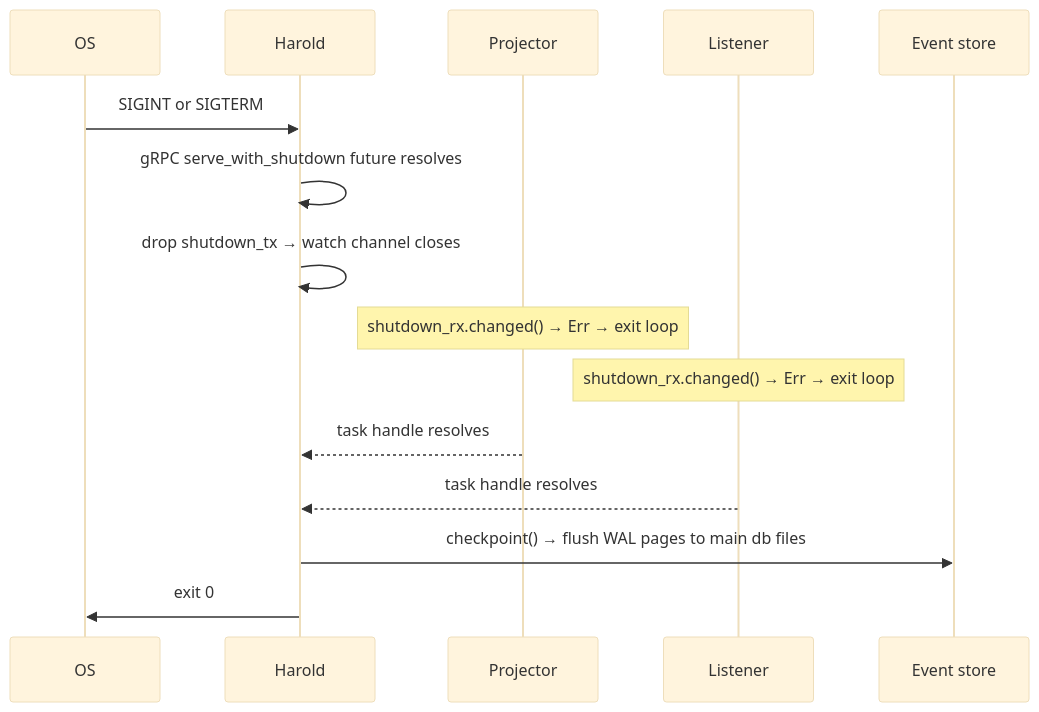
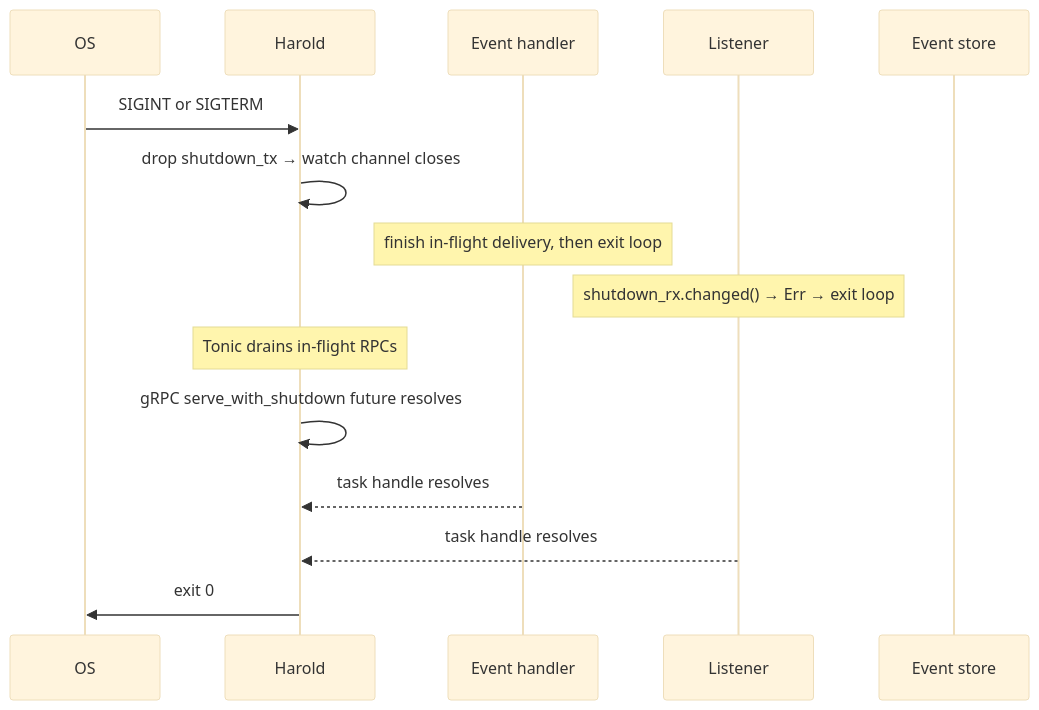
The second of 2 diagrams in docs/references/operation/README.md (kahgeh/harold), drawn with Mermaid (base theme) before and after one commit. The commit also changed other lines of this file and 33 other files, not shown here.

````diff
--- a/docs/references/operation/README.md
+++ b/docs/references/operation/README.md
@@ -106,18 +106,18 @@
 ```mermaid
 sequenceDiagram
     participant OS
     participant Harold
-    participant Projector
+    participant Handler as Event handler
     participant Listener
     participant Store as Event store
 
     OS->>Harold: SIGINT or SIGTERM
+    Harold->>Harold: drop shutdown_tx → watch channel closes
+    note over Handler: finish in-flight delivery, then exit loop
+    note over Listener: shutdown_rx.changed() → Err → exit loop
+    note over Harold: Tonic drains in-flight RPCs
     Harold->>Harold: gRPC serve_with_shutdown future resolves
-    Harold->>Harold: drop shutdown_tx → watch channel closes
-    note over Projector: shutdown_rx.changed() → Err → exit loop
-    note over Listener: shutdown_rx.changed() → Err → exit loop
-    Projector-->>Harold: task handle resolves
+    Handler-->>Harold: task handle resolves
     Listener-->>Harold: task handle resolves
-    Harold->>Store: checkpoint() → flush WAL pages to main db files
     Harold->>OS: exit 0
 ```
````
